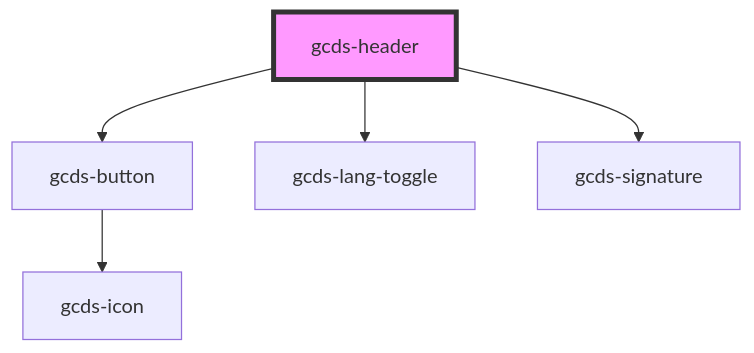
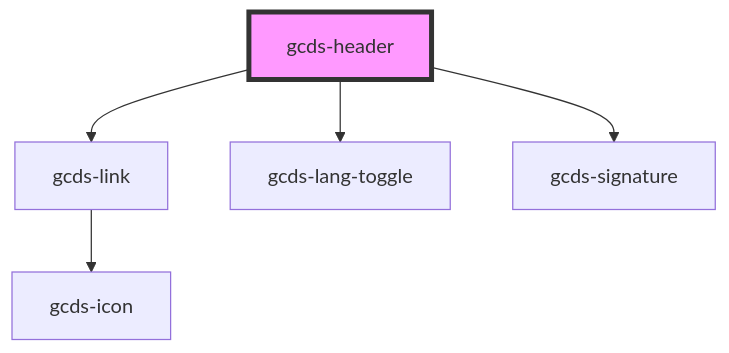
One commit to cds-snc/gcds-components changed the diagram in packages/web/src/components/gcds-header/readme.md. Above: the diagram before and after it, drawn with Mermaid. The commit also changed other lines of this file and 2 other files, not shown here.

Commit message:
refactor: integrate gcds-sr-only into gcds-header

````diff
--- a/packages/web/src/components/gcds-header/readme.md
+++ b/packages/web/src/components/gcds-header/readme.md
@@ -27,8 +27,8 @@
 ```mermaid
 graph TD;
-  gcds-header --> gcds-button
+  gcds-header --> gcds-link
   gcds-header --> gcds-lang-toggle
   gcds-header --> gcds-signature
-  gcds-button --> gcds-icon
+  gcds-link --> gcds-icon
   style gcds-header fill:#f9f,stroke:#333,stroke-width:4px
 ```
````
